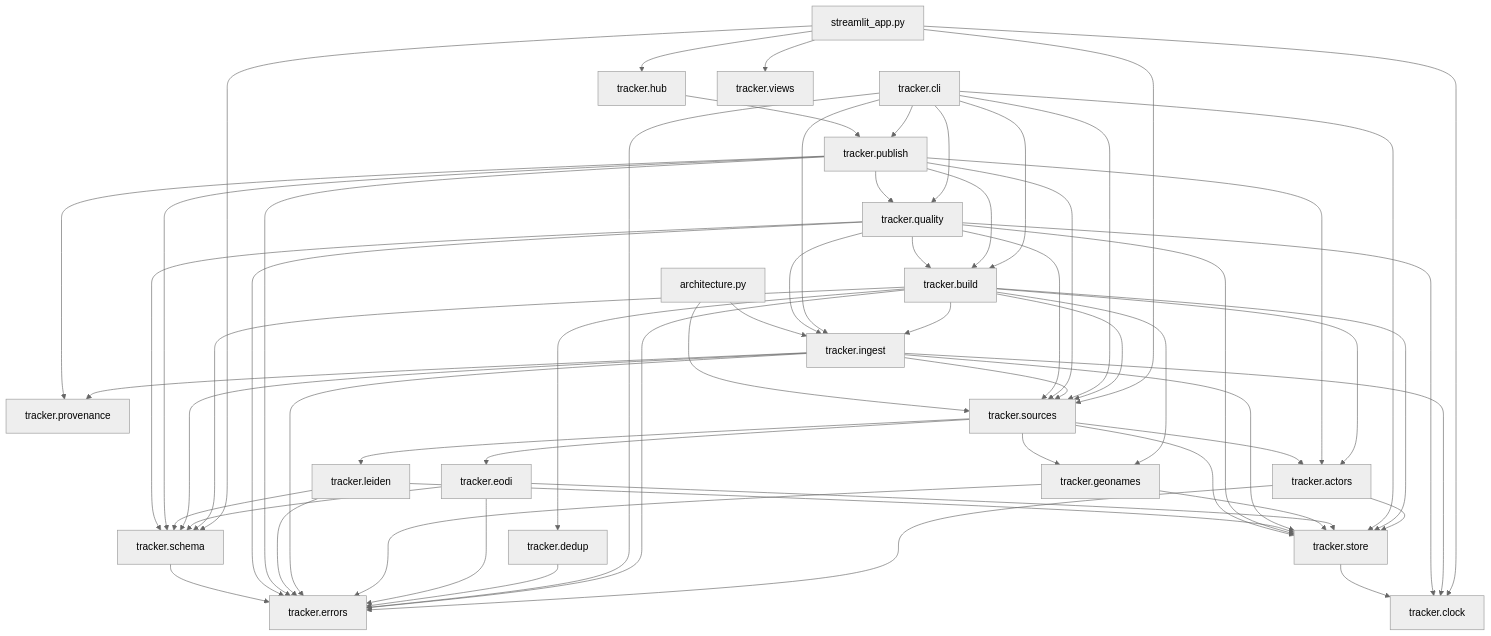
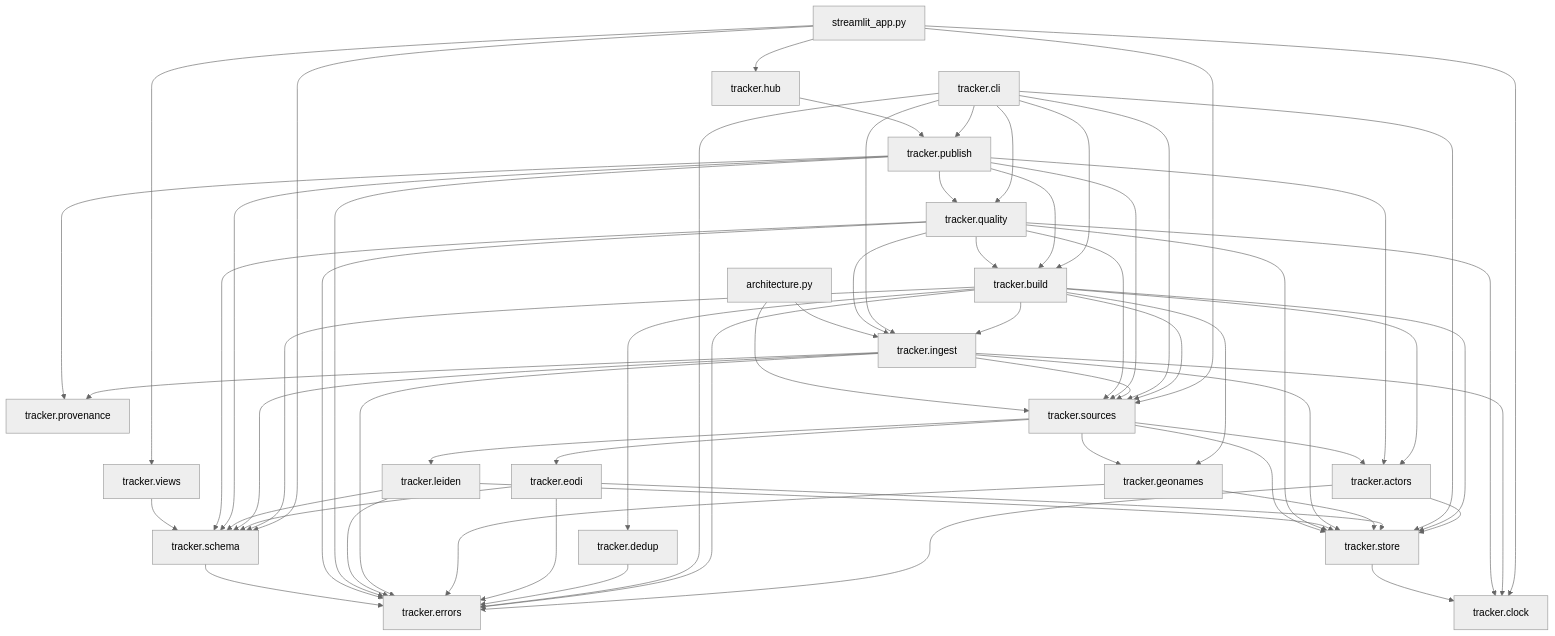
One commit to tryph0n/hybrid-tracker changed the third of 3 diagrams in docs/architecture.md. Above: the diagram before and after it, drawn with Mermaid (neutral theme). The commit also changed 7 other files, not shown here.

````diff
--- a/docs/architecture.md
+++ b/docs/architecture.md
@@ -229,6 +229,7 @@
   module_tracker_sources --> module_tracker_leiden
   module_tracker_sources --> module_tracker_store
   module_tracker_store --> module_tracker_clock
+  module_tracker_views --> module_tracker_schema
   module_architecture_py --> module_tracker_ingest
   module_architecture_py --> module_tracker_sources
 ```
````
